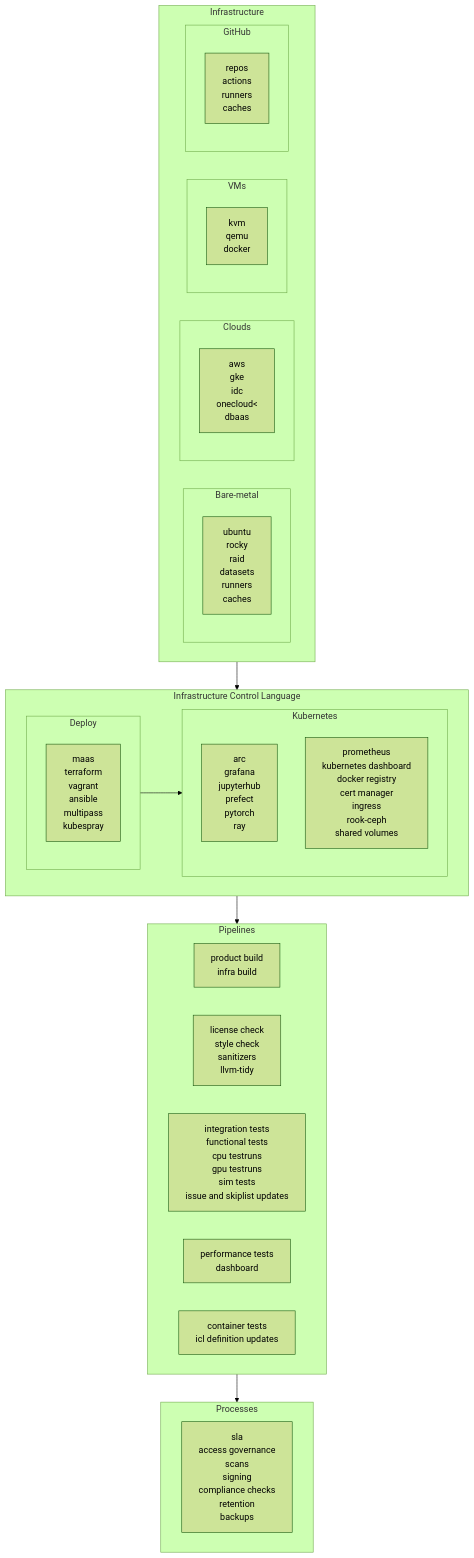
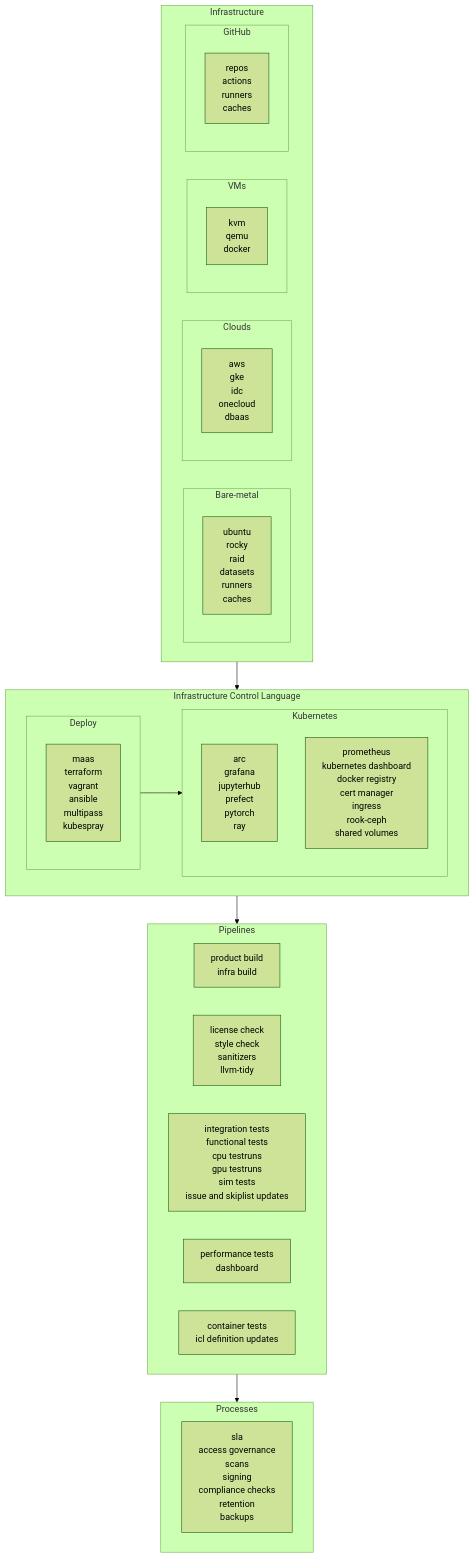
One commit to aregm/icl changed the diagram in README.md. Above: the diagram before and after it, drawn with Mermaid (forest theme).

Commit message:
Add a flowchart, r2

```diff
--- a/README.md
+++ b/README.md
@@ -97,7 +97,7 @@
             c["`aws
                 gke
                 idc
-                onecloud<
+                onecloud
                 dbaas
             `"]
         end
```
